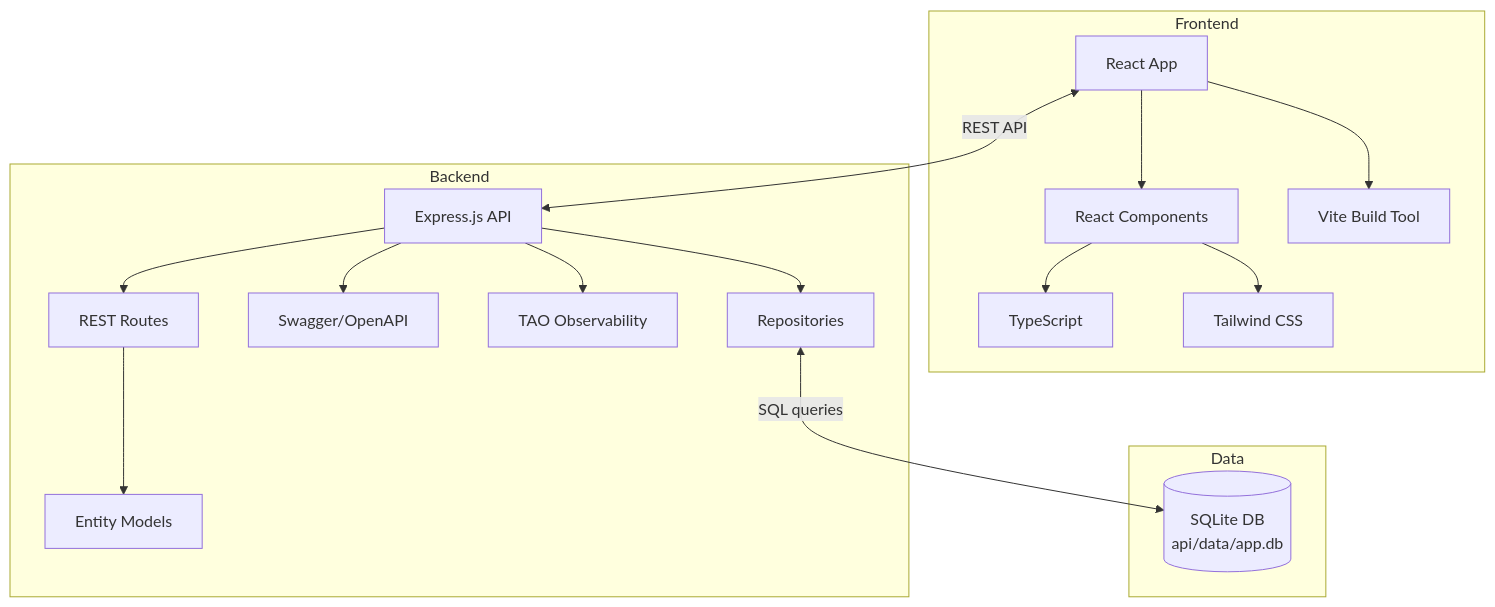
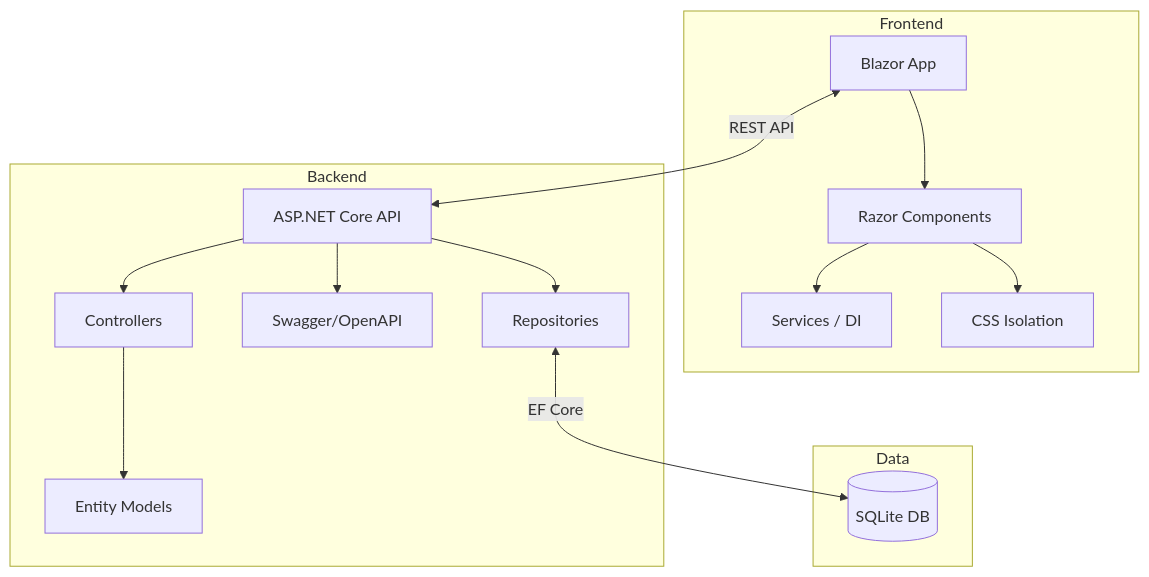
The second of 2 diagrams in docs/architecture.md (jaspecla/octocat-supply-dotnet), drawn with Mermaid before and after one commit. The commit also changed other lines of this file and 14 other files, not shown here.

````diff
--- a/docs/architecture.md
+++ b/docs/architecture.md
@@ -47,23 +47,21 @@
 ```mermaid
 flowchart TD
     subgraph "Frontend"
-        F[React App] --> FC[React Components]
-        FC --> FT[TypeScript]
-        FC --> FCSS[Tailwind CSS]
-        F --> FV[Vite Build Tool]
+        F[Blazor App] --> FC[Razor Components]
+        FC --> FS[Services / DI]
+        FC --> FCSS[CSS Isolation]
     end
-    
+
     subgraph "Backend"
-        B[Express.js API] --> BR[REST Routes]
-        BR --> BM[Entity Models]
+        B[ASP.NET Core API] --> BC[Controllers]
+        BC --> BM[Entity Models]
         B --> BS[Swagger/OpenAPI]
-        B --> BO[TAO Observability]
         B --> R[Repositories]
     end
     subgraph "Data"
-        D[(SQLite DB\napi/data/app.db)]
+        D[(SQLite DB)]
     end
 
-    R <--SQL queries--> D
+    R <--EF Core--> D
     F <--REST API--> B
 ```
````
